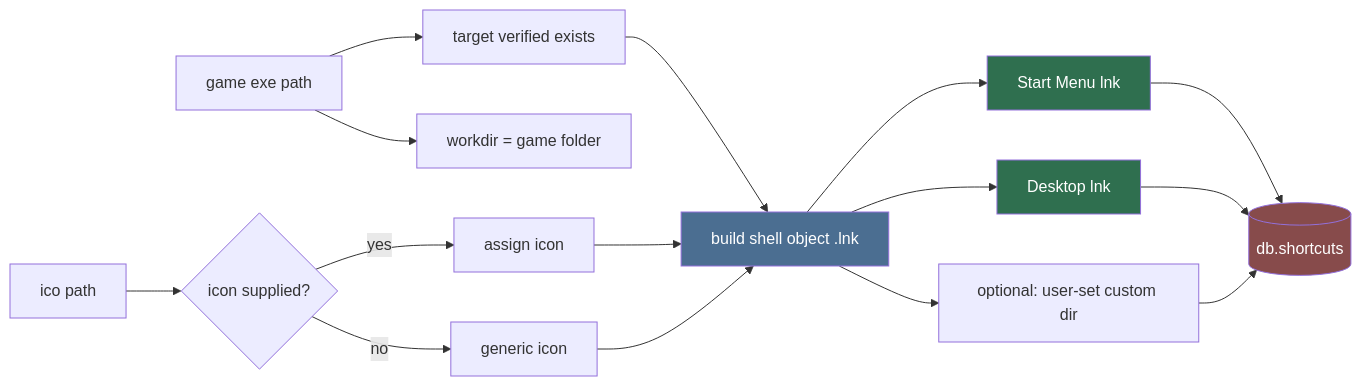
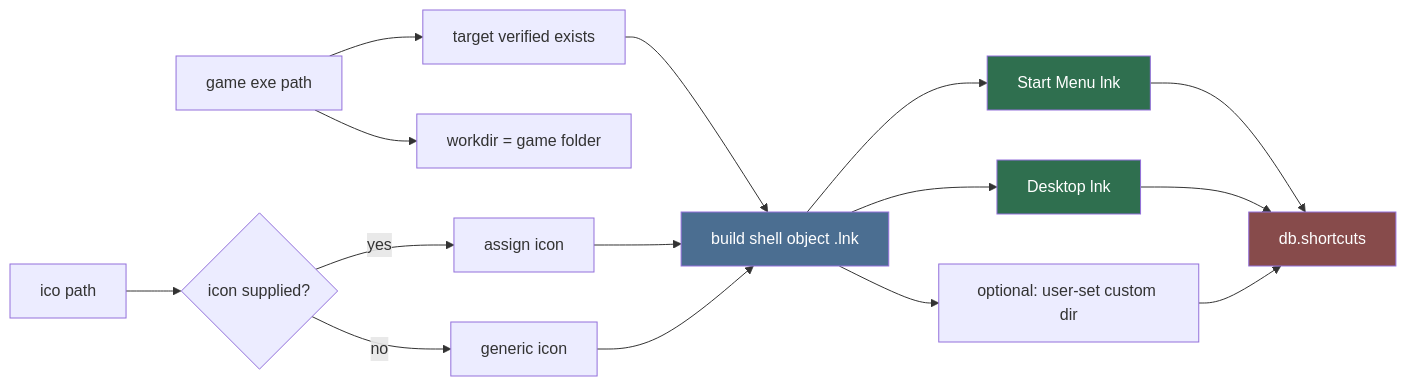
One commit to HELIX-Origin/LewdZone-Launcher changed the first of 2 diagrams in .agents/agents/shortcuts/shortcut-builder/shortcut-builder.md. Above: the diagram before and after it, drawn with Mermaid. The commit also changed 35 other files, not shown here.

First line of the commit message:
🎨 fix(agents): make all mermaid diagrams Rule 09 compliant

````diff
--- a/.agents/agents/shortcuts/shortcut-builder/shortcut-builder.md
+++ b/.agents/agents/shortcuts/shortcut-builder/shortcut-builder.md
@@ -17,22 +17,22 @@
 ```mermaid
 flowchart LR
     A[game exe path] --> B[target verified exists]
-    A --> C[workdir = game folder]
+    A --> C["workdir = game folder"]
     D[ico path] --> E{icon supplied?}
     E -- yes --> F[assign icon]
     E -- no --> G[generic icon]
     B --> H[build shell object .lnk]
     F --> H
     G --> H
     H --> I[Start Menu lnk]
     H --> J[Desktop lnk]
-    H --> K[optional: user-set custom dir]
-    I --> L[(db.shortcuts)]
+    H --> K["optional: user-set custom dir"]
+    I --> L["db.shortcuts"]
     J --> L
     K --> L
 
     style H fill:#4b6e91,color:#fff
     style I fill:#2f6f4f,color:#fff
     style J fill:#2f6f4f,color:#fff
     style L fill:#874b4b,color:#fff
 ```
````
